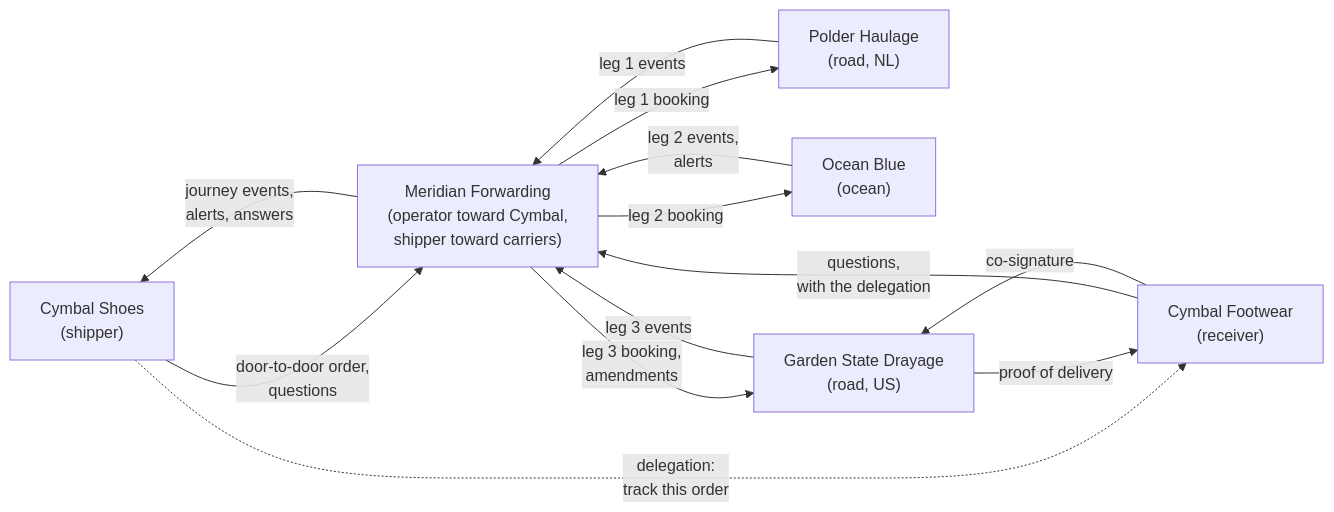
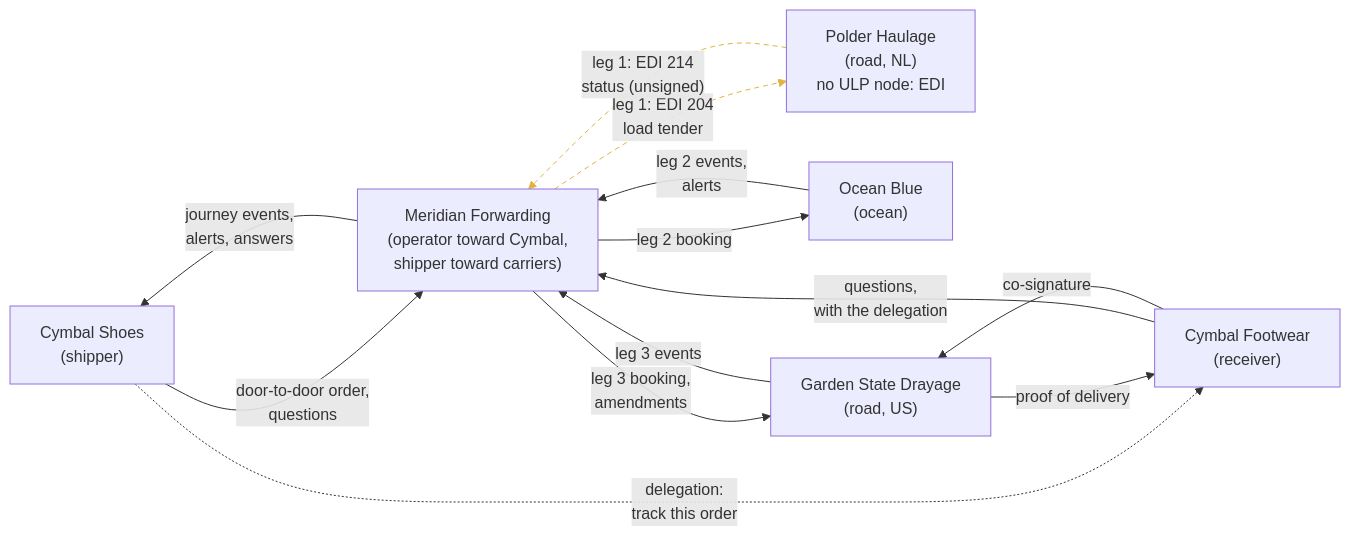
The first of 7 diagrams in docs/proposals/door-to-door-forwarder.md (go-steer/supercargo), drawn with Mermaid before and after one commit. The commit also changed other lines of this file and 1 other file, not shown here.

````diff
--- a/docs/proposals/door-to-door-forwarder.md
+++ b/docs/proposals/door-to-door-forwarder.md
@@ -127,22 +148,23 @@
 ```mermaid
 flowchart LR
     CS["Cymbal Shoes<br/>(shipper)"]
     MF["Meridian Forwarding<br/>(operator toward Cymbal,<br/>shipper toward carriers)"]
-    PH["Polder Haulage<br/>(road, NL)"]
+    PH["Polder Haulage<br/>(road, NL)<br/>no ULP node: EDI"]
     OB["Ocean Blue<br/>(ocean)"]
     GS["Garden State Drayage<br/>(road, US)"]
     CF["Cymbal Footwear<br/>(receiver)"]
 
     CS -- "door-to-door order,<br/>questions" --> MF
     MF -- "journey events,<br/>alerts, answers" --> CS
-    MF -- "leg 1 booking" --> PH
+    MF -. "leg 1: EDI 204<br/>load tender" .-> PH
     MF -- "leg 2 booking" --> OB
     MF -- "leg 3 booking,<br/>amendments" --> GS
-    PH -- "leg 1 events" --> MF
+    PH -. "leg 1: EDI 214<br/>status (unsigned)" .-> MF
     OB -- "leg 2 events,<br/>alerts" --> MF
     GS -- "leg 3 events" --> MF
     CS -. "delegation:<br/>track this order" .-> CF
     CF -- "questions,<br/>with the delegation" --> MF
     GS -- "proof of delivery" --> CF
     CF -- "co-signature" --> GS
+    linkStyle 2,5 stroke:#e3b341,stroke-dasharray:5 4
 ```
````
